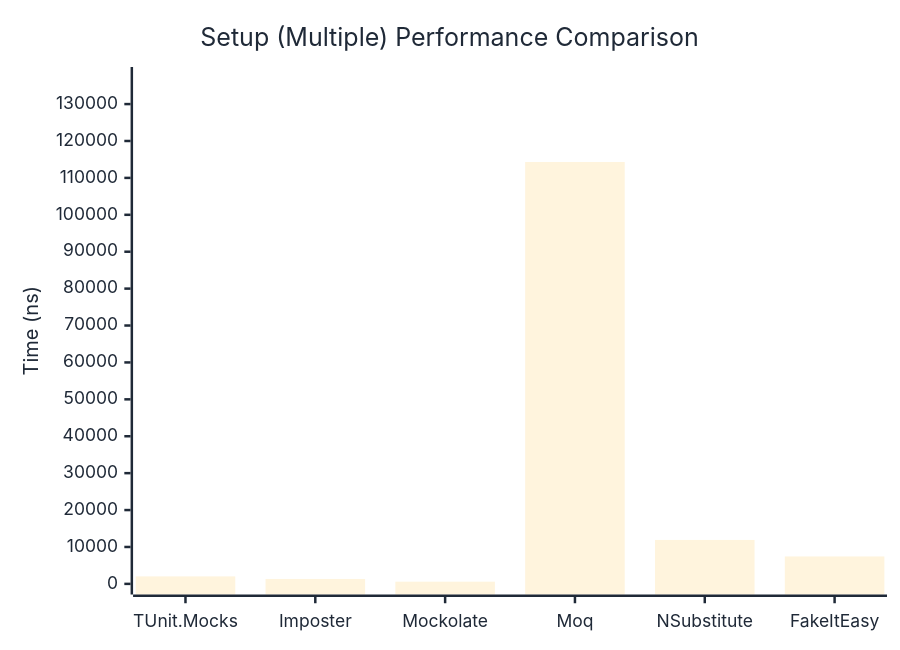
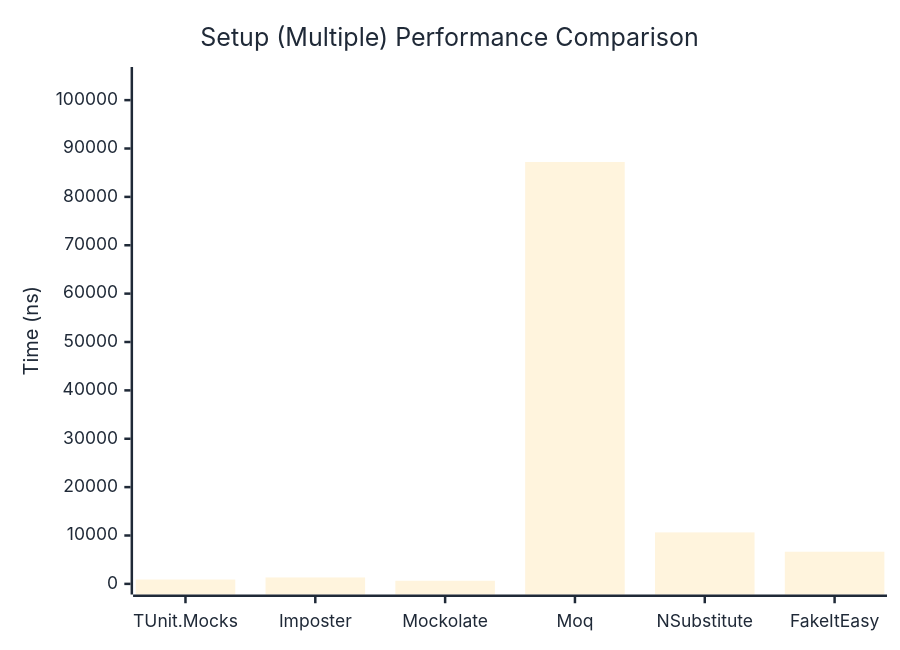
Before and after one commit to thomhurst/TUnit: the second of 2 diagrams in docs/docs/benchmarks/mocks/Setup.md, drawn with Mermaid. The commit also changed other lines of this file and 14 other files, not shown here.

````diff
--- a/docs/docs/benchmarks/mocks/Setup.md
+++ b/docs/docs/benchmarks/mocks/Setup.md
@@ -69,27 +69,27 @@
 ```mermaid
 %%{init: {
   'theme':'base',
   'themeVariables': {
     'primaryColor': '#2563eb',
     'primaryTextColor': '#1f2937',
     'primaryBorderColor': '#1e40af',
     'lineColor': '#6b7280',
     'secondaryColor': '#7c3aed',
     'tertiaryColor': '#dc2626',
     'background': '#ffffff',
     'pie1': '#2563eb',
     'pie2': '#7c3aed',
     'pie3': '#dc2626',
     'pie4': '#f59e0b',
     'pie5': '#10b981',
     'pie6': '#06b6d4',
     'pie7': '#ec4899',
     'pie8': '#6366f1'
   }
 }}%%
 xychart-beta
   title "Setup (Multiple) Performance Comparison"
   x-axis ["TUnit.Mocks", "Imposter", "Mockolate", "Moq", "NSubstitute", "FakeItEasy"]
-  y-axis "Time (ns)" 0 --> 137168
-  bar [2031.2, 1333.1, 595.7, 114306.5, 11905.7, 7435.7]
+  y-axis "Time (ns)" 0 --> 104653
+  bar [897.1, 1327.8, 645.2, 87210.5, 10642, 6644.8]
 ```
````
